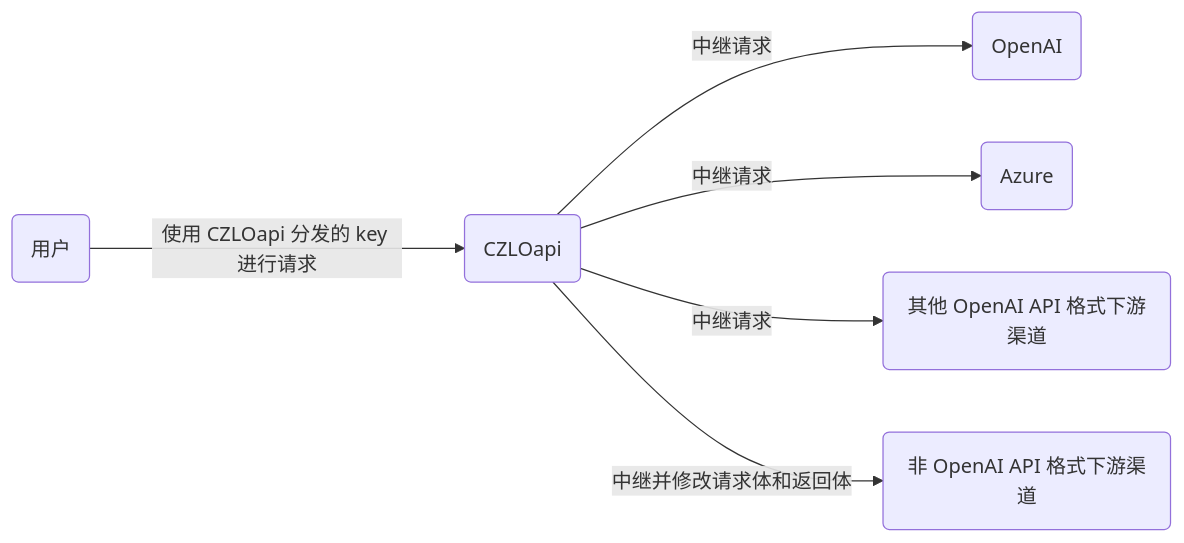
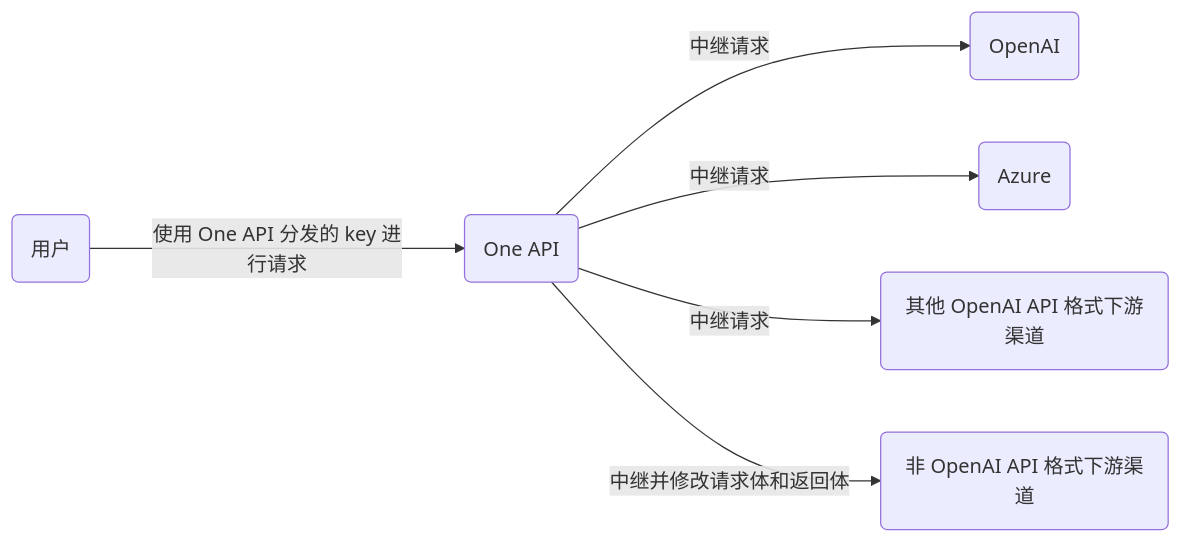
The diagram in README.md (MartialBE/one-hub), drawn with Mermaid before and after one commit. The commit also changed other lines of this file and 78 other files, not shown here.

````diff
--- a/README.md
+++ b/README.md
@@ -334,9 +334,9 @@
 ```mermaid
 graph LR
     A(用户)
-    A --->|使用 CZLOapi 分发的 key 进行请求| B(CZLOapi)
+    A --->|使用 One API 分发的 key 进行请求| B(One API)
     B -->|中继请求| C(OpenAI)
     B -->|中继请求| D(Azure)
     B -->|中继请求| E(其他 OpenAI API 格式下游渠道)
     B -->|中继并修改请求体和返回体| F(非 OpenAI API 格式下游渠道)
 ```
````
